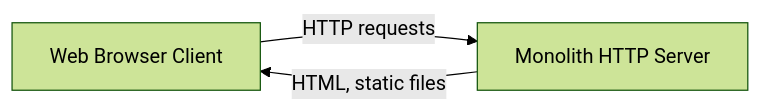
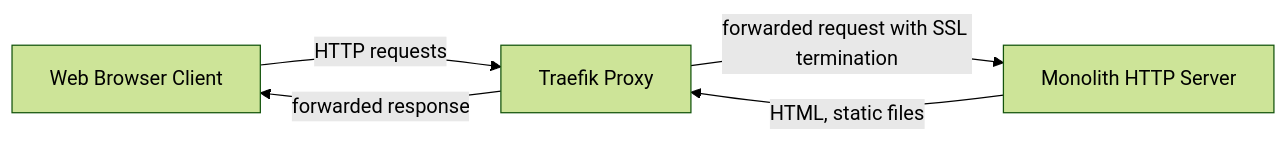
The diagram in docs/architecture.md (Tiernebre/zone-blitz-deprecated), drawn with Mermaid (forest theme) before and after one commit.

Commit message:
Update architecture diagram to include Traefik proxy (#17)

````diff
--- a/docs/architecture.md
+++ b/docs/architecture.md
@@ -3,7 +3,10 @@
 ```mermaid
 flowchart LR
   client[Web Browser Client]
+  proxy[Traefik Proxy]
   server[Monolith HTTP Server]
-  client -- HTTP requests --> server
-  server -- HTML, static files --> client
+  client -- HTTP requests --> proxy
+  server -- HTML, static files --> proxy
+  proxy -- forwarded request with SSL termination--> server
+  proxy -- forwarded response --> client
 ```
````
